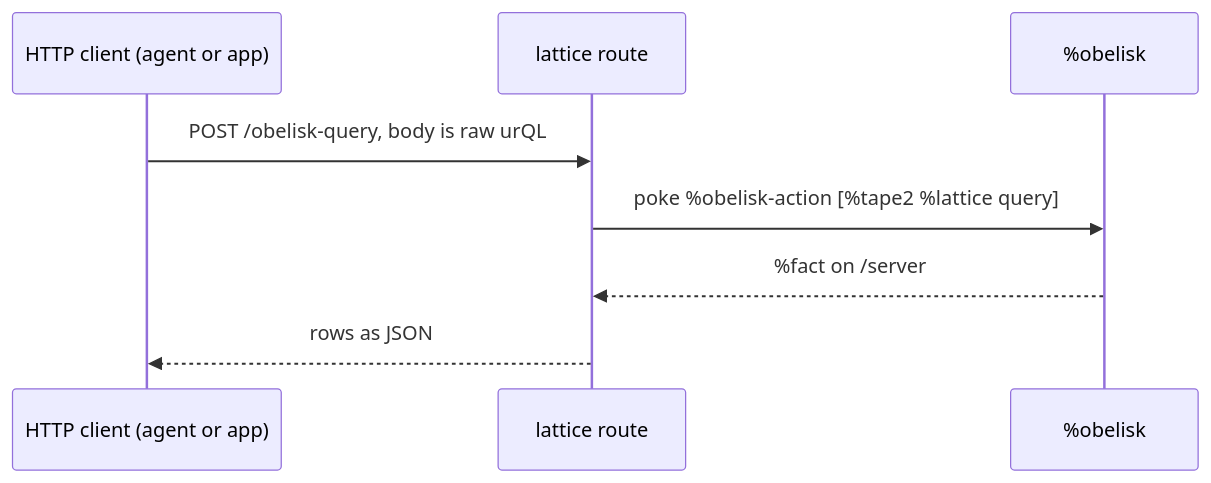
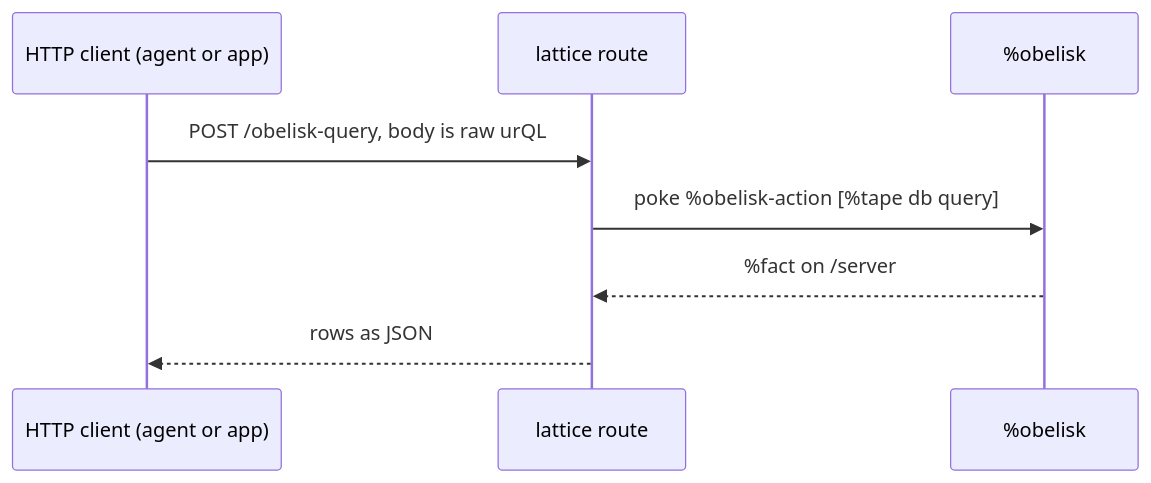
Before and after one commit to nisfeb/lattice: the second of 2 diagrams in docs/obelisk-mirror.md, drawn with Mermaid. The commit also changed other lines of this file and 12 other files, not shown here.

````diff
--- a/docs/obelisk-mirror.md
+++ b/docs/obelisk-mirror.md
@@ -252,10 +254,10 @@
 ```mermaid
 sequenceDiagram
     participant C as HTTP client (agent or app)
     participant L as lattice route
     participant O as %obelisk
     C->>L: POST /obelisk-query, body is raw urQL
-    L->>O: poke %obelisk-action [%tape2 %lattice query]
+    L->>O: poke %obelisk-action [%tape db query]
     O-->>L: %fact on /server
     L-->>C: rows as JSON
 ```
````
